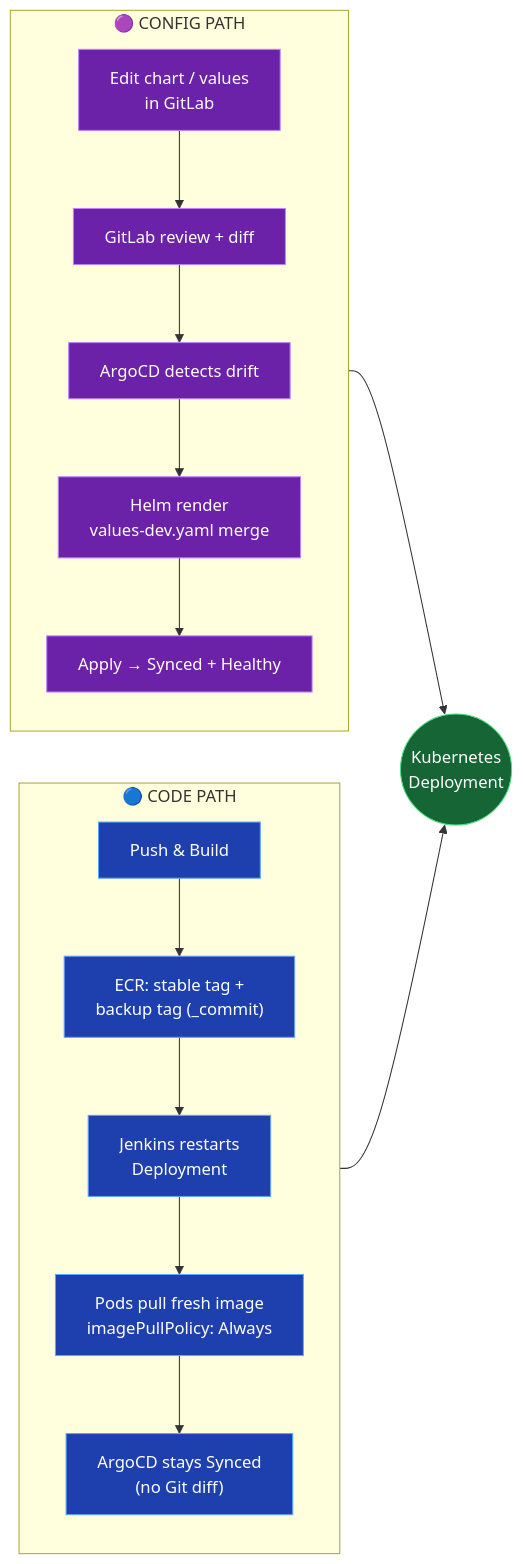
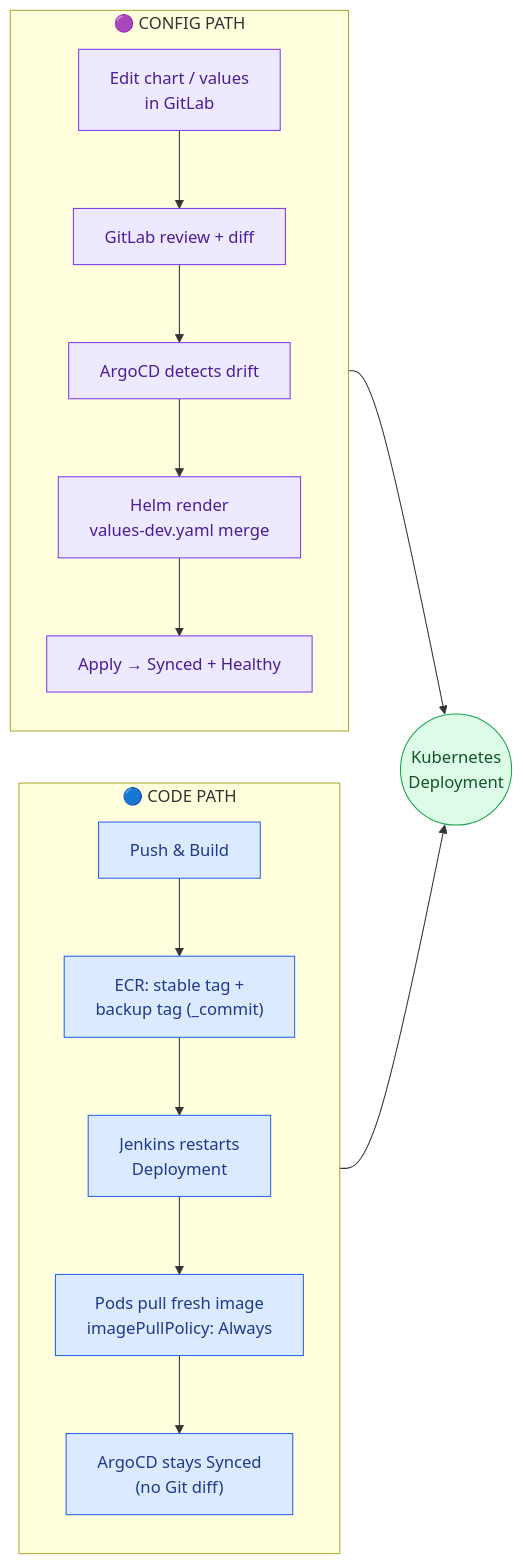
The second of 8 diagrams in SA_Guild_Architecture.md (ashir321/work), drawn with Mermaid before and after one commit. The commit also changed other lines of this file, not shown here.

First line of the commit message:
Switch architecture diagrams to white/light theme

````diff
--- a/SA_Guild_Architecture.md
+++ b/SA_Guild_Architecture.md
@@ -71,35 +71,35 @@
 ```mermaid
 flowchart LR
     subgraph CODE_PATH["🔵 CODE PATH"]
         direction TB
         C1["Push & Build"]
         C2["ECR: stable tag +<br/>backup tag (_commit)"]
         C3["Jenkins restarts<br/>Deployment"]
         C4["Pods pull fresh image<br/>imagePullPolicy: Always"]
         C5["ArgoCD stays Synced<br/>(no Git diff)"]
         C1 --> C2 --> C3 --> C4 --> C5
     end
 
     subgraph CONFIG_PATH["🟣 CONFIG PATH"]
         direction TB
         G1["Edit chart / values<br/>in GitLab"]
         G2["GitLab review + diff"]
         G3["ArgoCD detects drift"]
         G4["Helm render<br/>values-dev.yaml merge"]
         G5["Apply → Synced + Healthy"]
         G1 --> G2 --> G3 --> G4 --> G5
     end
 
     CONVERGE(("Kubernetes<br/>Deployment"))
 
     C5 --> CONVERGE
     G5 --> CONVERGE
 
-    classDef code fill:#1e40af,stroke:#60a5fa,color:#fff
-    classDef config fill:#6b21a8,stroke:#c084fc,color:#fff
-    classDef hub fill:#166534,stroke:#4ade80,color:#fff
+    classDef code fill:#dbeafe,stroke:#2563eb,color:#1e3a8a
+    classDef config fill:#ede9fe,stroke:#7c3aed,color:#4c1d95
+    classDef hub fill:#dcfce7,stroke:#16a34a,color:#14532d
 
     class C1,C2,C3,C4,C5 code
     class G1,G2,G3,G4,G5 config
     class CONVERGE hub
 ```
````
